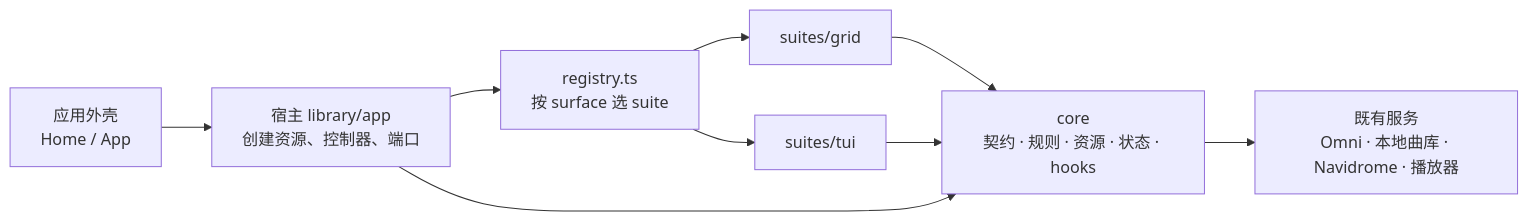
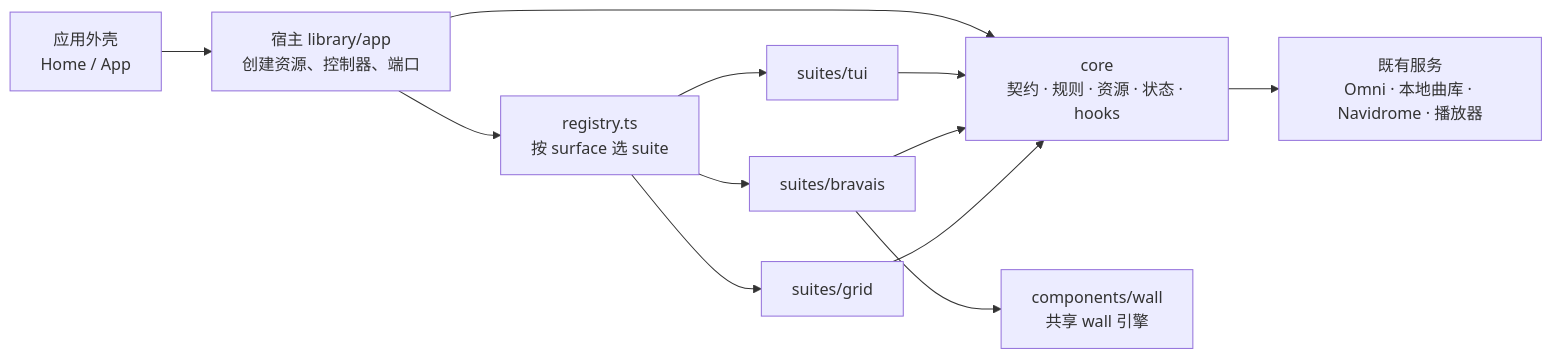
One commit to awa0615vip-maker/folia-android changed the diagram in docs/library-suites.md. Above: the diagram before and after it, drawn with Mermaid. The commit also changed other lines of this file and 1 other file, not shown here.

First line of the commit message:
docs(library): suite 文档写入 bravais，设计稿措辞改成现状

````diff
--- a/docs/library-suites.md
+++ b/docs/library-suites.md
@@ -18,11 +24,14 @@
 ```mermaid
 flowchart LR
     Shell[应用外壳<br/>Home / App] --> Host[宿主 library/app<br/>创建资源、控制器、端口]
     Host --> Registry[registry.ts<br/>按 surface 选 suite]
     Registry --> Grid[suites/grid]
+    Registry --> Bravais[suites/bravais]
     Registry --> Tui[suites/tui]
     Grid --> Core[core<br/>契约 · 规则 · 资源 · 状态 · hooks]
+    Bravais --> Core
     Tui --> Core
+    Bravais --> Wall[components/wall<br/>共享 wall 引擎]
     Host --> Core
     Core --> Svc[既有服务<br/>Omni · 本地曲库 · Navidrome · 播放器]
 ```
````
